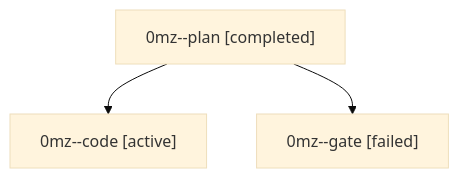
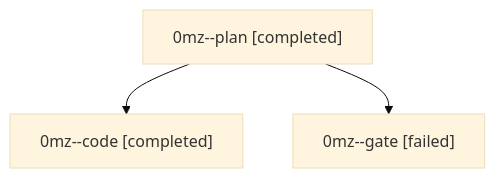
Before and after one commit to bobs-org/bob-cli--agents: the diagram in families/bbugyi200.athena.0mz.md, drawn with Mermaid (base theme). The commit also changed other lines of this file and 33 other files, not shown here.

````diff
--- a/families/bbugyi200.athena.0mz.md
+++ b/families/bbugyi200.athena.0mz.md
@@ -9,8 +9,8 @@
 ```mermaid
 flowchart TD
   n0["0mz--plan [completed]"]
-  n1["0mz--code [active]"]
+  n1["0mz--code [completed]"]
   n0 --> n1
   n2["0mz--gate [failed]"]
   n0 --> n2
 ```
````
